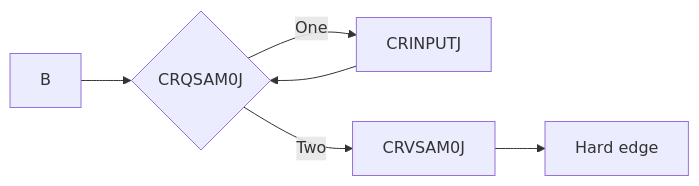
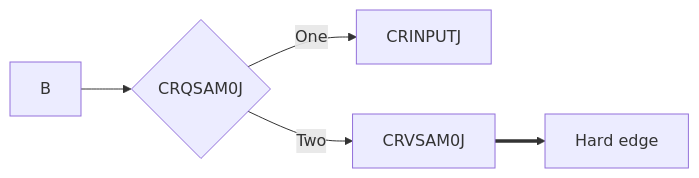
The diagram in week_3/README.MD (emreakdik/Cobol_Bootcamp), drawn with Mermaid before and after one commit.

````diff
--- a/week_3/README.MD
+++ b/week_3/README.MD
@@ -1,6 +1,7 @@
 ```mermaid
 graph LR
   B --> C{CRQSAM0J}
-  C -->|One| D[CRINPUTJ] -->
-  C -->|Two| E[CRVSAM0J] --> A[Hard edge]
+  C -->|One| D[CRINPUTJ]
+  C -->|Two| E[CRVSAM0J]
+    ==> A[Hard edge]
 ```
````
